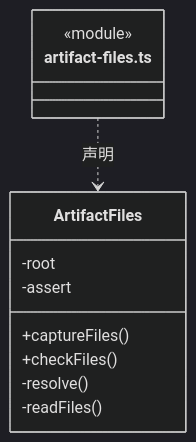
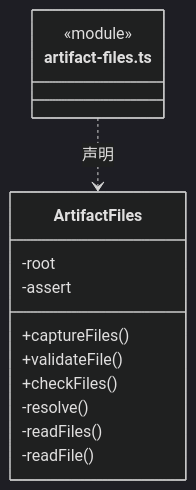
The second of 8 diagrams in src/backend/main/platform/ARCHITECTURE.md (nan023062/cbim), drawn with Mermaid (dark theme) before and after one commit. The commit also changed other lines of this file and 72 other files, not shown here.

````diff
--- a/src/backend/main/platform/ARCHITECTURE.md
+++ b/src/backend/main/platform/ARCHITECTURE.md
@@ -33,15 +33,17 @@
 ```mermaid
 classDiagram
 class N_src_backend_main_platform_artifact_files_ts["artifact-files.ts"] {
   <<module>>
 }
 class N_src_backend_main_platform_artifact_files_ts_ArtifactFiles["ArtifactFiles"] {
   +captureFiles()
+  +validateFile()
   +checkFiles()
   -root
   -assert
   -resolve()
   -readFiles()
+  -readFile()
 }
 N_src_backend_main_platform_artifact_files_ts ..> N_src_backend_main_platform_artifact_files_ts_ArtifactFiles : 声明
 ```
````
